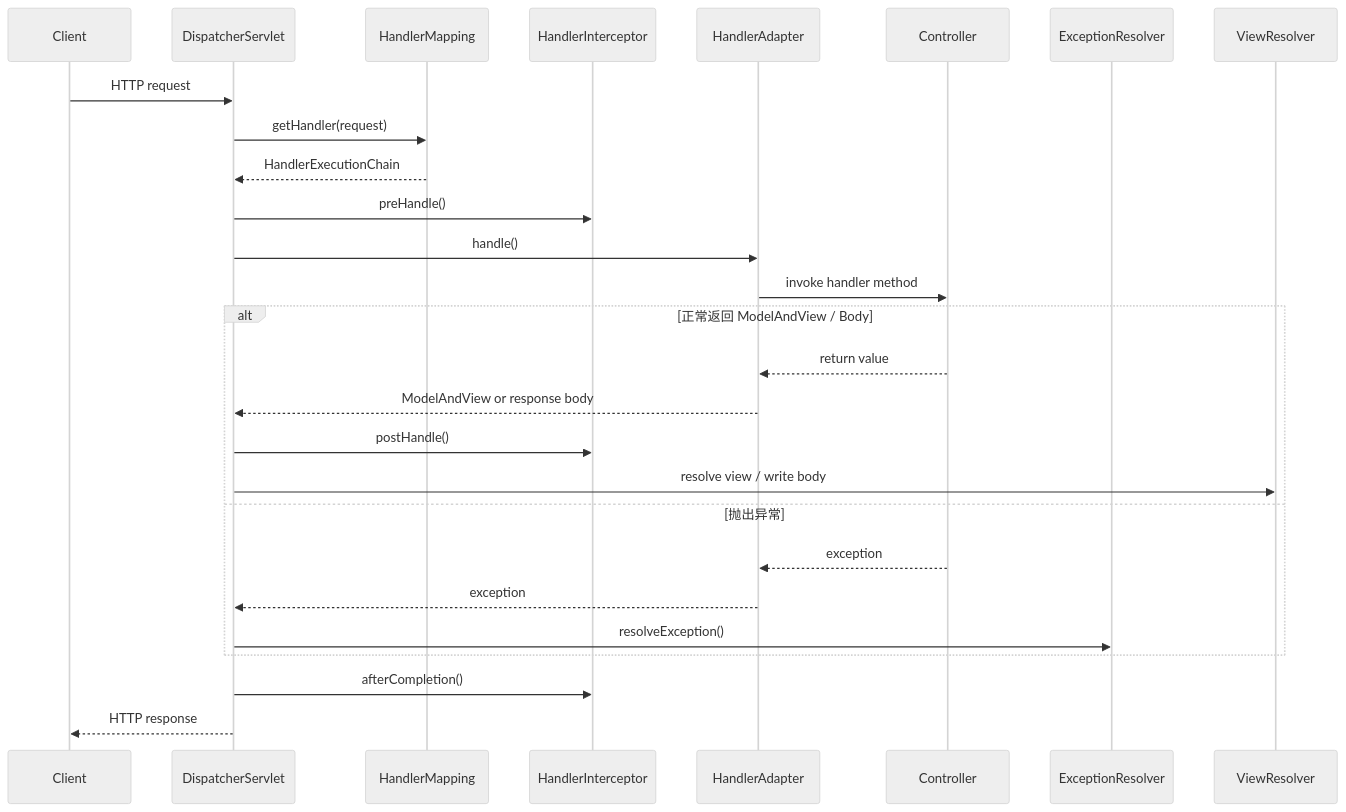
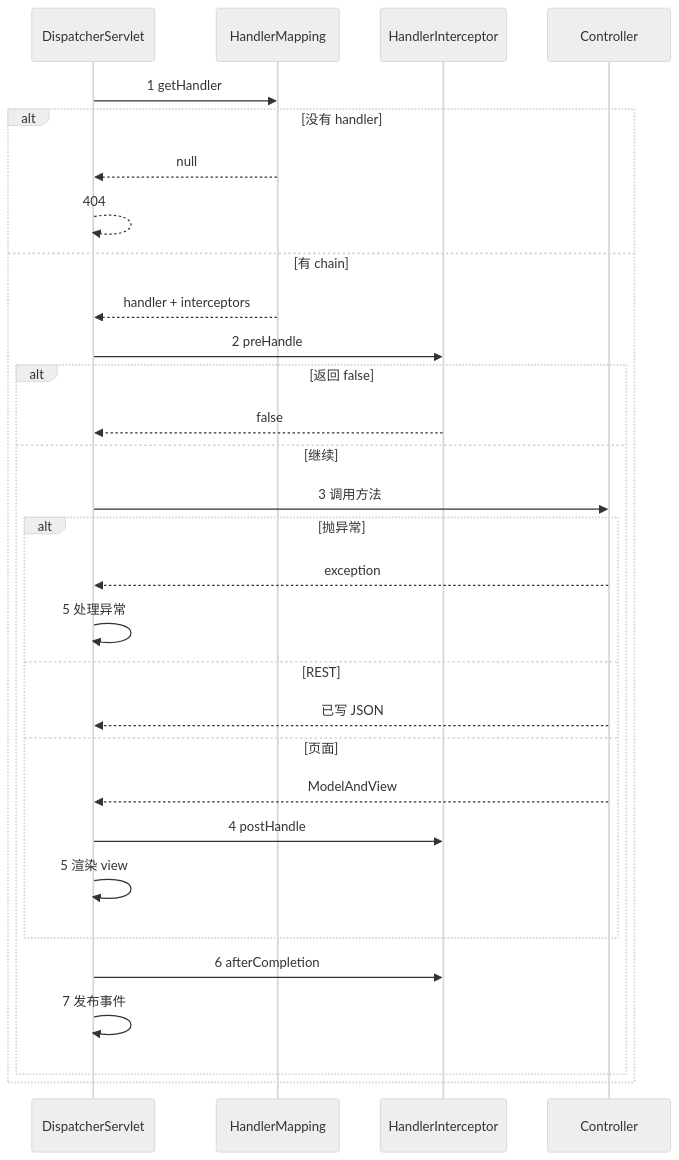
Before and after one commit to puppylpg/puppylpg.github.io: the ninth of 22 diagrams in _posts/2022-03-28-springmvc.md, drawn with Mermaid (neutral theme). The commit also changed other lines of this file, not shown here.

Commit message:
重写 Spring MVC 请求链路：分层伪代码、分叉流程图，并把用户写法收进两步里

````diff
--- a/_posts/2022-03-28-springmvc.md
+++ b/_posts/2022-03-28-springmvc.md
@@ -83,30 +485,33 @@
 ```mermaid
 sequenceDiagram
-    participant C as Client
     participant DS as DispatcherServlet
     participant HM as HandlerMapping
     participant HI as HandlerInterceptor
-    participant HA as HandlerAdapter
     participant Ctrl as Controller
-    participant ER as ExceptionResolver
-    participant VR as ViewResolver
 
-    C->>DS: HTTP request
-    DS->>HM: getHandler(request)
-    HM-->>DS: HandlerExecutionChain
-    DS->>HI: preHandle()
-    DS->>HA: handle()
-    HA->>Ctrl: invoke handler method
-    alt 正常返回 ModelAndView / Body
-        Ctrl-->>HA: return value
-        HA-->>DS: ModelAndView or response body
-        DS->>HI: postHandle()
-        DS->>VR: resolve view / write body
-    else 抛出异常
-        Ctrl-->>HA: exception
-        HA-->>DS: exception
-        DS->>ER: resolveException()
+    DS->>HM: 1 getHandler
+    alt 没有 handler
+        HM-->>DS: null
+        DS-->>DS: 404
+    else 有 chain
+        HM-->>DS: handler + interceptors
+        DS->>HI: 2 preHandle
+        alt 返回 false
+            HI-->>DS: false
+        else 继续
+            DS->>Ctrl: 3 调用方法
+            alt 抛异常
+                Ctrl-->>DS: exception
+                DS->>DS: 5 处理异常
+            else REST
+                Ctrl-->>DS: 已写 JSON
+            else 页面
+                Ctrl-->>DS: ModelAndView
+                DS->>HI: 4 postHandle
+                DS->>DS: 5 渲染 view
+            end
+            DS->>HI: 6 afterCompletion
+            DS->>DS: 7 发布事件
+        end
     end
-    DS->>HI: afterCompletion()
-    DS-->>C: HTTP response
 ```
````
